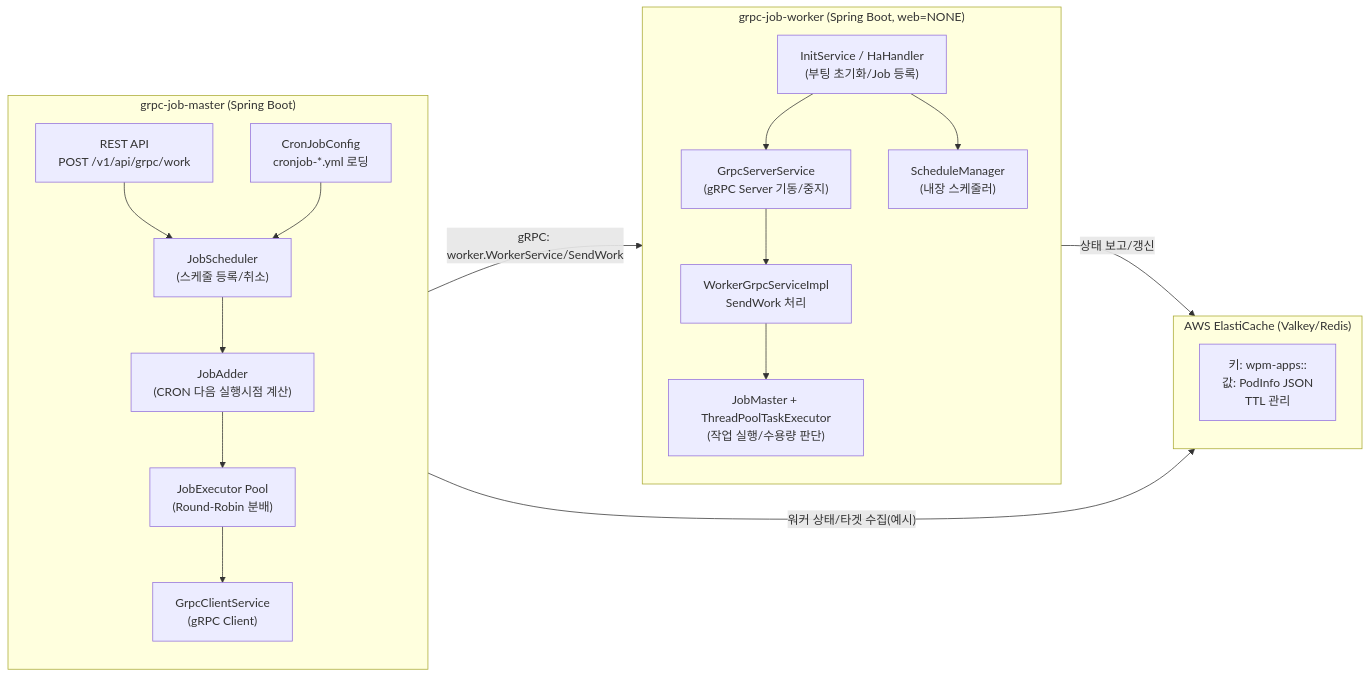
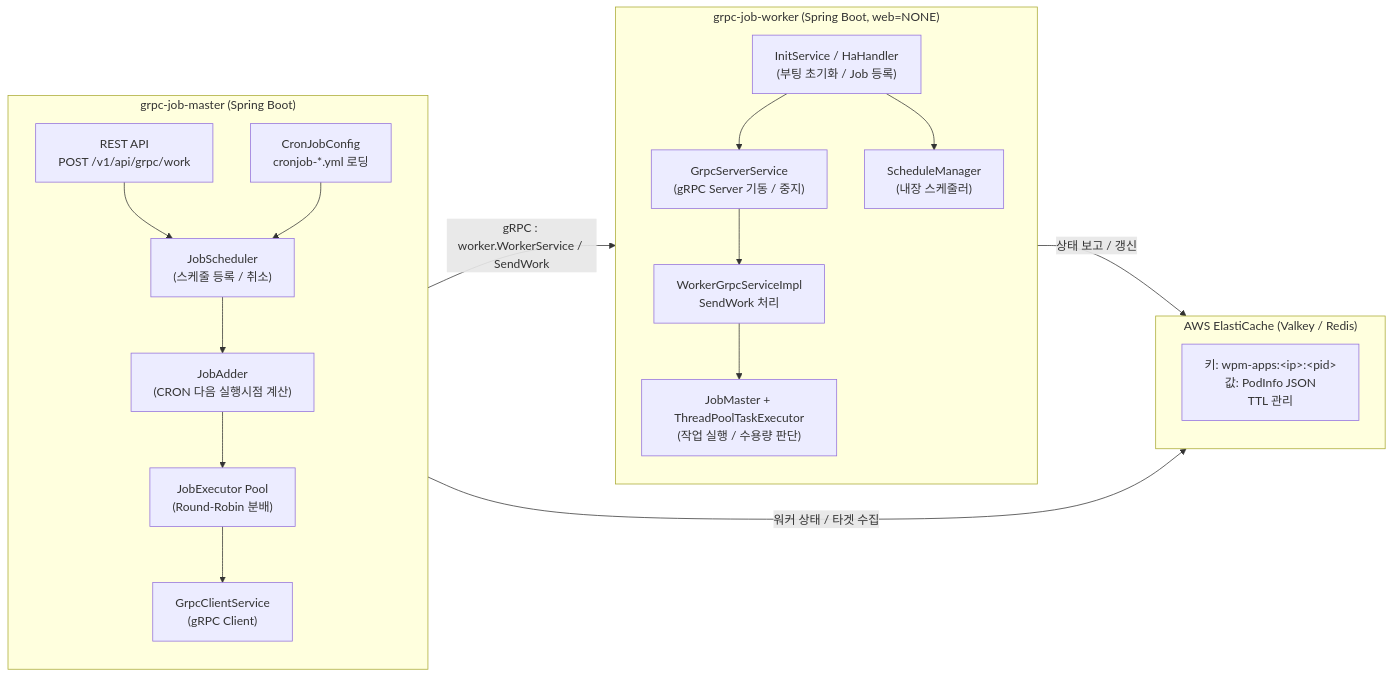
Before and after one commit to Samuel-Jeong/grpc-job-master: the first of 2 diagrams in README.md, drawn with Mermaid. The commit also changed other lines of this file, not shown here.

Commit message:
Update README with line breaks in diagrams

````diff
--- a/README.md
+++ b/README.md
@@ -10,35 +10,37 @@
 ```mermaid
 flowchart LR
   subgraph Master["grpc-job-master (Spring Boot)"]
-    API["REST API\nPOST /v1/api/grpc/work"]
-    JS["JobScheduler\n(스케줄 등록/취소)"]
-    JA["JobAdder\n(CRON 다음 실행시점 계산)"]
-    EXQ["JobExecutor Pool\n(Round-Robin 분배)"]
-    GC["GrpcClientService\n(gRPC Client)"]
-    CJ["CronJobConfig\ncronjob-*.yml 로딩"]
+    API["REST API<br/>POST /v1/api/grpc/work"]
+    JS["JobScheduler<br/>(스케줄 등록 / 취소)"]
+    JA["JobAdder<br/>(CRON 다음 실행시점 계산)"]
+    EXQ["JobExecutor Pool<br/>(Round-Robin 분배)"]
+    GC["GrpcClientService<br/>(gRPC Client)"]
+    CJ["CronJobConfig<br/>cronjob-*.yml 로딩"]
+
     API --> JS
     CJ --> JS
     JS --> JA
     JA --> EXQ
     EXQ --> GC
   end
 
   subgraph Worker["grpc-job-worker (Spring Boot, web=NONE)"]
-    GS["GrpcServerService\n(gRPC Server 기동/중지)"]
-    IMPL["WorkerGrpcServiceImpl\nSendWork 처리"]
-    WM["JobMaster + ThreadPoolTaskExecutor\n(작업 실행/수용량 판단)"]
-    SM["ScheduleManager\n(내장 스케줄러)"]
-    INIT["InitService / HaHandler\n(부팅 초기화/Job 등록)"]
+    GS["GrpcServerService<br/>(gRPC Server 기동 / 중지)"]
+    IMPL["WorkerGrpcServiceImpl<br/>SendWork 처리"]
+    WM["JobMaster + ThreadPoolTaskExecutor<br/>(작업 실행 / 수용량 판단)"]
+    SM["ScheduleManager<br/>(내장 스케줄러)"]
+    INIT["InitService / HaHandler<br/>(부팅 초기화 / Job 등록)"]
+
     GS --> IMPL --> WM
     INIT --> GS
     INIT --> SM
   end
 
-  subgraph Redis["AWS ElastiCache (Valkey/Redis)"]
-    KEY["키: wpm-apps:<ip>:<pid>\n값: PodInfo JSON\nTTL 관리"]
+  subgraph Redis["AWS ElastiCache (Valkey / Redis)"]
+    KEY["키: wpm-apps:&lt;ip&gt;:&lt;pid&gt;<br/>값: PodInfo JSON<br/>TTL 관리"]
   end
 
-  Master -- "gRPC: worker.WorkerService/SendWork" --> Worker
-  Worker -- "상태 보고/갱신" --> Redis
-  Master -- "워커 상태/타겟 수집(예시)" --> Redis
+  Master -- "gRPC : worker.WorkerService / SendWork" --> Worker
+  Worker -- "상태 보고 / 갱신" --> Redis
+  Master -- "워커 상태 / 타겟 수집" --> Redis
 ```
````
